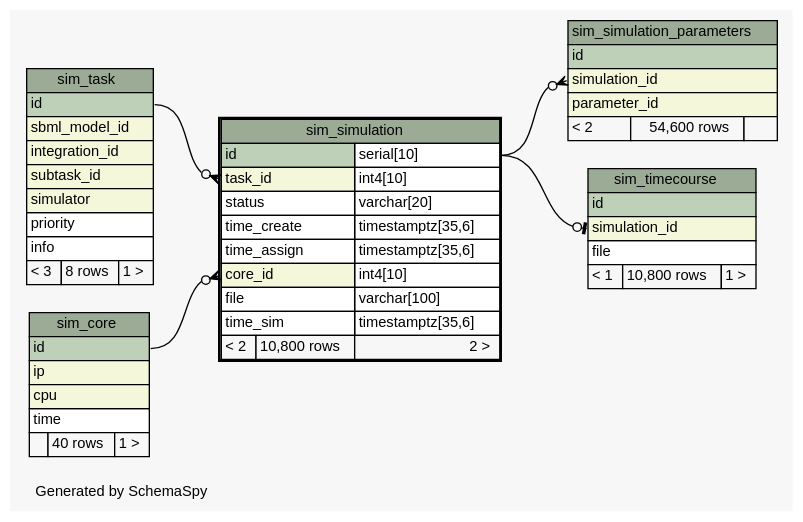
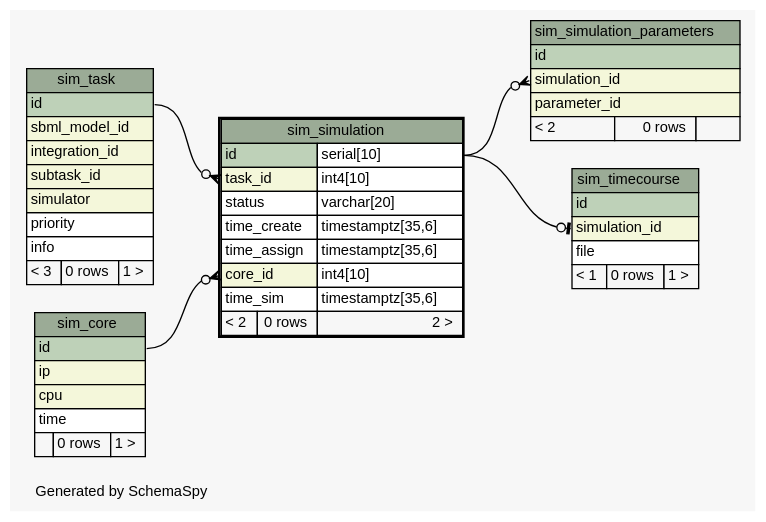
Before and after one commit to jingyayeah/multiscale-galactose: the diagram in database/schema/diagrams/sim_simulation.1degree.dot, drawn with Graphviz. The commit also changed 108 other files, not shown here.

Commit message:
Updated database schema for the general implementation of integration settings

```diff
--- a/database/schema/diagrams/sim_simulation.1degree.dot
+++ b/database/schema/diagrams/sim_simulation.1degree.dot
@@ -1,96 +1,95 @@
 // dot 2.26.3 on Linux 3.11.0-12-generic
 // SchemaSpy rev 590
 digraph "oneDegreeRelationshipsDiagram" {
   graph [
     rankdir="RL"
     bgcolor="#f7f7f7"
     label="\nGenerated by SchemaSpy"
     labeljust="l"
     nodesep="0.18"
     ranksep="0.46"
     fontname="Helvetica"
     fontsize="11"
   ];
   node [
     fontname="Helvetica"
     fontsize="11"
     shape="plaintext"
   ];
   edge [
     arrowsize="0.8"
   ];
   "sim_simulation":"core_id":w -> "sim_core":"id":e [arrowhead=none dir=back arrowtail=crowodot];
   "sim_simulation":"task_id":w -> "sim_task":"id":e [arrowhead=none dir=back arrowtail=crowodot];
   "sim_simulation_parameters":"simulation_id":w -> "sim_simulation":"id.type":e [arrowhead=none dir=back arrowtail=crowodot];
   "sim_timecourse":"simulation_id":w -> "sim_simulation":"id.type":e [arrowhead=none dir=back arrowtail=teeodot];
   "sim_core" [
     label=<
     <TABLE BORDER="0" CELLBORDER="1" CELLSPACING="0" BGCOLOR="#ffffff">
       <TR><TD COLSPAN="3" BGCOLOR="#9bab96" ALIGN="CENTER">sim_core</TD></TR>
       <TR><TD PORT="id" COLSPAN="3" BGCOLOR="#bed1b8" ALIGN="LEFT">id</TD></TR>
       <TR><TD PORT="ip" COLSPAN="3" BGCOLOR="#f4f7da" ALIGN="LEFT">ip</TD></TR>
       <TR><TD PORT="cpu" COLSPAN="3" BGCOLOR="#f4f7da" ALIGN="LEFT">cpu</TD></TR>
       <TR><TD PORT="time" COLSPAN="3" ALIGN="LEFT">time</TD></TR>
-      <TR><TD ALIGN="LEFT" BGCOLOR="#f7f7f7">  </TD><TD ALIGN="RIGHT" BGCOLOR="#f7f7f7">40 rows</TD><TD ALIGN="RIGHT" BGCOLOR="#f7f7f7">1 &gt;</TD></TR>
+      <TR><TD ALIGN="LEFT" BGCOLOR="#f7f7f7">  </TD><TD ALIGN="RIGHT" BGCOLOR="#f7f7f7">0 rows</TD><TD ALIGN="RIGHT" BGCOLOR="#f7f7f7">1 &gt;</TD></TR>
     </TABLE>>
     URL="sim_core.html"
     tooltip="sim_core"
   ];
   "sim_simulation" [
     label=<
     <TABLE BORDER="2" CELLBORDER="1" CELLSPACING="0" BGCOLOR="#ffffff">
       <TR><TD COLSPAN="3" BGCOLOR="#9bab96" ALIGN="CENTER">sim_simulation</TD></TR>
       <TR><TD PORT="id" COLSPAN="2" BGCOLOR="#bed1b8" ALIGN="LEFT">id</TD><TD PORT="id.type" ALIGN="LEFT">serial[10]</TD></TR>
       <TR><TD PORT="task_id" COLSPAN="2" BGCOLOR="#f4f7da" ALIGN="LEFT">task_id</TD><TD PORT="task_id.type" ALIGN="LEFT">int4[10]</TD></TR>
       <TR><TD PORT="status" COLSPAN="2" ALIGN="LEFT">status</TD><TD PORT="status.type" ALIGN="LEFT">varchar[20]</TD></TR>
       <TR><TD PORT="time_create" COLSPAN="2" ALIGN="LEFT">time_create</TD><TD PORT="time_create.type" ALIGN="LEFT">timestamptz[35,6]</TD></TR>
       <TR><TD PORT="time_assign" COLSPAN="2" ALIGN="LEFT">time_assign</TD><TD PORT="time_assign.type" ALIGN="LEFT">timestamptz[35,6]</TD></TR>
       <TR><TD PORT="core_id" COLSPAN="2" BGCOLOR="#f4f7da" ALIGN="LEFT">core_id</TD><TD PORT="core_id.type" ALIGN="LEFT">int4[10]</TD></TR>
-      <TR><TD PORT="file" COLSPAN="2" ALIGN="LEFT">file</TD><TD PORT="file.type" ALIGN="LEFT">varchar[100]</TD></TR>
       <TR><TD PORT="time_sim" COLSPAN="2" ALIGN="LEFT">time_sim</TD><TD PORT="time_sim.type" ALIGN="LEFT">timestamptz[35,6]</TD></TR>
-      <TR><TD ALIGN="LEFT" BGCOLOR="#f7f7f7">&lt; 2</TD><TD ALIGN="RIGHT" BGCOLOR="#f7f7f7">10,800 rows</TD><TD ALIGN="RIGHT" BGCOLOR="#f7f7f7">2 &gt;</TD></TR>
+      <TR><TD ALIGN="LEFT" BGCOLOR="#f7f7f7">&lt; 2</TD><TD ALIGN="RIGHT" BGCOLOR="#f7f7f7">0 rows</TD><TD ALIGN="RIGHT" BGCOLOR="#f7f7f7">2 &gt;</TD></TR>
     </TABLE>>
     URL="sim_simulation.html"
     tooltip="sim_simulation"
   ];
   "sim_simulation_parameters" [
     label=<
     <TABLE BORDER="0" CELLBORDER="1" CELLSPACING="0" BGCOLOR="#ffffff">
       <TR><TD COLSPAN="3" BGCOLOR="#9bab96" ALIGN="CENTER">sim_simulation_parameters</TD></TR>
       <TR><TD PORT="id" COLSPAN="3" BGCOLOR="#bed1b8" ALIGN="LEFT">id</TD></TR>
       <TR><TD PORT="simulation_id" COLSPAN="3" BGCOLOR="#f4f7da" ALIGN="LEFT">simulation_id</TD></TR>
       <TR><TD PORT="parameter_id" COLSPAN="3" BGCOLOR="#f4f7da" ALIGN="LEFT">parameter_id</TD></TR>
-      <TR><TD ALIGN="LEFT" BGCOLOR="#f7f7f7">&lt; 2</TD><TD ALIGN="RIGHT" BGCOLOR="#f7f7f7">54,600 rows</TD><TD ALIGN="RIGHT" BGCOLOR="#f7f7f7">  </TD></TR>
+      <TR><TD ALIGN="LEFT" BGCOLOR="#f7f7f7">&lt; 2</TD><TD ALIGN="RIGHT" BGCOLOR="#f7f7f7">0 rows</TD><TD ALIGN="RIGHT" BGCOLOR="#f7f7f7">  </TD></TR>
     </TABLE>>
     URL="sim_simulation_parameters.html"
     tooltip="sim_simulation_parameters"
   ];
   "sim_task" [
     label=<
     <TABLE BORDER="0" CELLBORDER="1" CELLSPACING="0" BGCOLOR="#ffffff">
       <TR><TD COLSPAN="3" BGCOLOR="#9bab96" ALIGN="CENTER">sim_task</TD></TR>
       <TR><TD PORT="id" COLSPAN="3" BGCOLOR="#bed1b8" ALIGN="LEFT">id</TD></TR>
       <TR><TD PORT="sbml_model_id" COLSPAN="3" BGCOLOR="#f4f7da" ALIGN="LEFT">sbml_model_id</TD></TR>
       <TR><TD PORT="integration_id" COLSPAN="3" BGCOLOR="#f4f7da" ALIGN="LEFT">integration_id</TD></TR>
       <TR><TD PORT="subtask_id" COLSPAN="3" BGCOLOR="#f4f7da" ALIGN="LEFT">subtask_id</TD></TR>
       <TR><TD PORT="simulator" COLSPAN="3" BGCOLOR="#f4f7da" ALIGN="LEFT">simulator</TD></TR>
       <TR><TD PORT="priority" COLSPAN="3" ALIGN="LEFT">priority</TD></TR>
       <TR><TD PORT="info" COLSPAN="3" ALIGN="LEFT">info</TD></TR>
-      <TR><TD ALIGN="LEFT" BGCOLOR="#f7f7f7">&lt; 3</TD><TD ALIGN="RIGHT" BGCOLOR="#f7f7f7">8 rows</TD><TD ALIGN="RIGHT" BGCOLOR="#f7f7f7">1 &gt;</TD></TR>
+      <TR><TD ALIGN="LEFT" BGCOLOR="#f7f7f7">&lt; 3</TD><TD ALIGN="RIGHT" BGCOLOR="#f7f7f7">0 rows</TD><TD ALIGN="RIGHT" BGCOLOR="#f7f7f7">1 &gt;</TD></TR>
     </TABLE>>
     URL="sim_task.html"
     tooltip="sim_task"
   ];
   "sim_timecourse" [
     label=<
     <TABLE BORDER="0" CELLBORDER="1" CELLSPACING="0" BGCOLOR="#ffffff">
       <TR><TD COLSPAN="3" BGCOLOR="#9bab96" ALIGN="CENTER">sim_timecourse</TD></TR>
       <TR><TD PORT="id" COLSPAN="3" BGCOLOR="#bed1b8" ALIGN="LEFT">id</TD></TR>
       <TR><TD PORT="simulation_id" COLSPAN="3" BGCOLOR="#f4f7da" ALIGN="LEFT">simulation_id</TD></TR>
       <TR><TD PORT="file" COLSPAN="3" ALIGN="LEFT">file</TD></TR>
-      <TR><TD ALIGN="LEFT" BGCOLOR="#f7f7f7">&lt; 1</TD><TD ALIGN="RIGHT" BGCOLOR="#f7f7f7">10,800 rows</TD><TD ALIGN="RIGHT" BGCOLOR="#f7f7f7">1 &gt;</TD></TR>
+      <TR><TD ALIGN="LEFT" BGCOLOR="#f7f7f7">&lt; 1</TD><TD ALIGN="RIGHT" BGCOLOR="#f7f7f7">0 rows</TD><TD ALIGN="RIGHT" BGCOLOR="#f7f7f7">1 &gt;</TD></TR>
     </TABLE>>
     URL="sim_timecourse.html"
     tooltip="sim_timecourse"
   ];
 }
```
